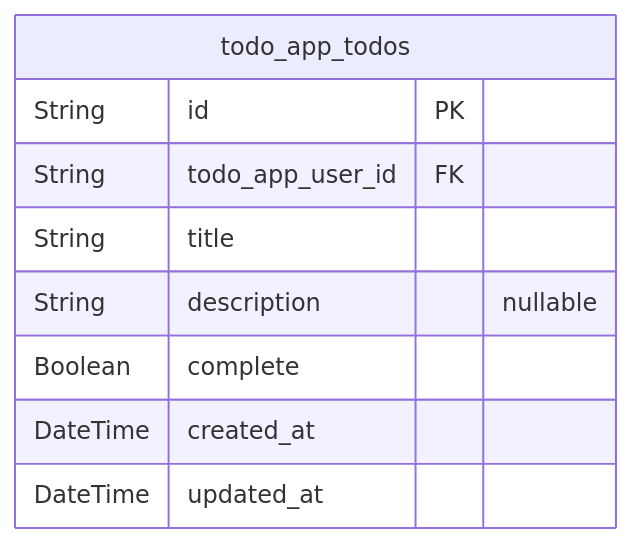
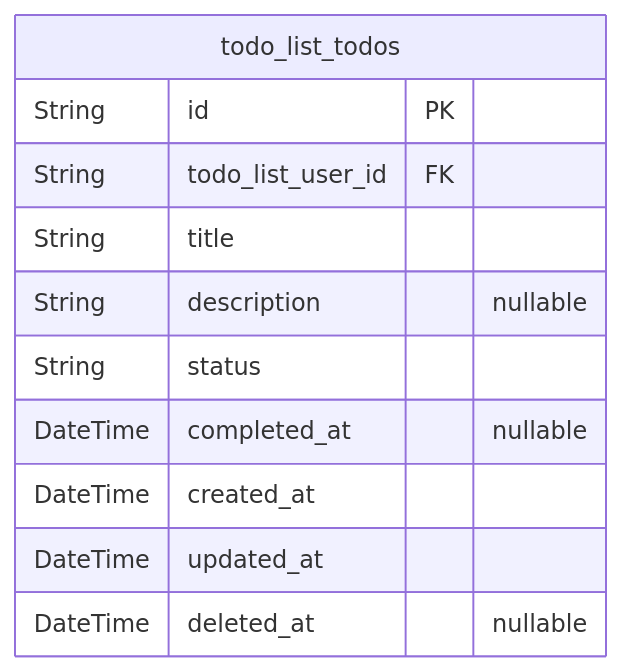
Before and after one commit to wrtnlabs/autobe-examples: the third of 4 diagrams in x-ai/grok-code-fast-1/todo/docs/ERD.md, drawn with Mermaid. The commit also changed other lines of this file and 3372 other files, not shown here.

````diff
--- a/x-ai/grok-code-fast-1/todo/docs/ERD.md
+++ b/x-ai/grok-code-fast-1/todo/docs/ERD.md
@@ -70,12 +216,14 @@
 ```mermaid
 erDiagram
-"todo_app_todos" {
+"todo_list_todos" {
   String id PK
-  String todo_app_user_id FK
+  String todo_list_user_id FK
   String title
   String description "nullable"
-  Boolean complete
+  String status
+  DateTime completed_at "nullable"
   DateTime created_at
   DateTime updated_at
+  DateTime deleted_at "nullable"
 }
 ```
````
